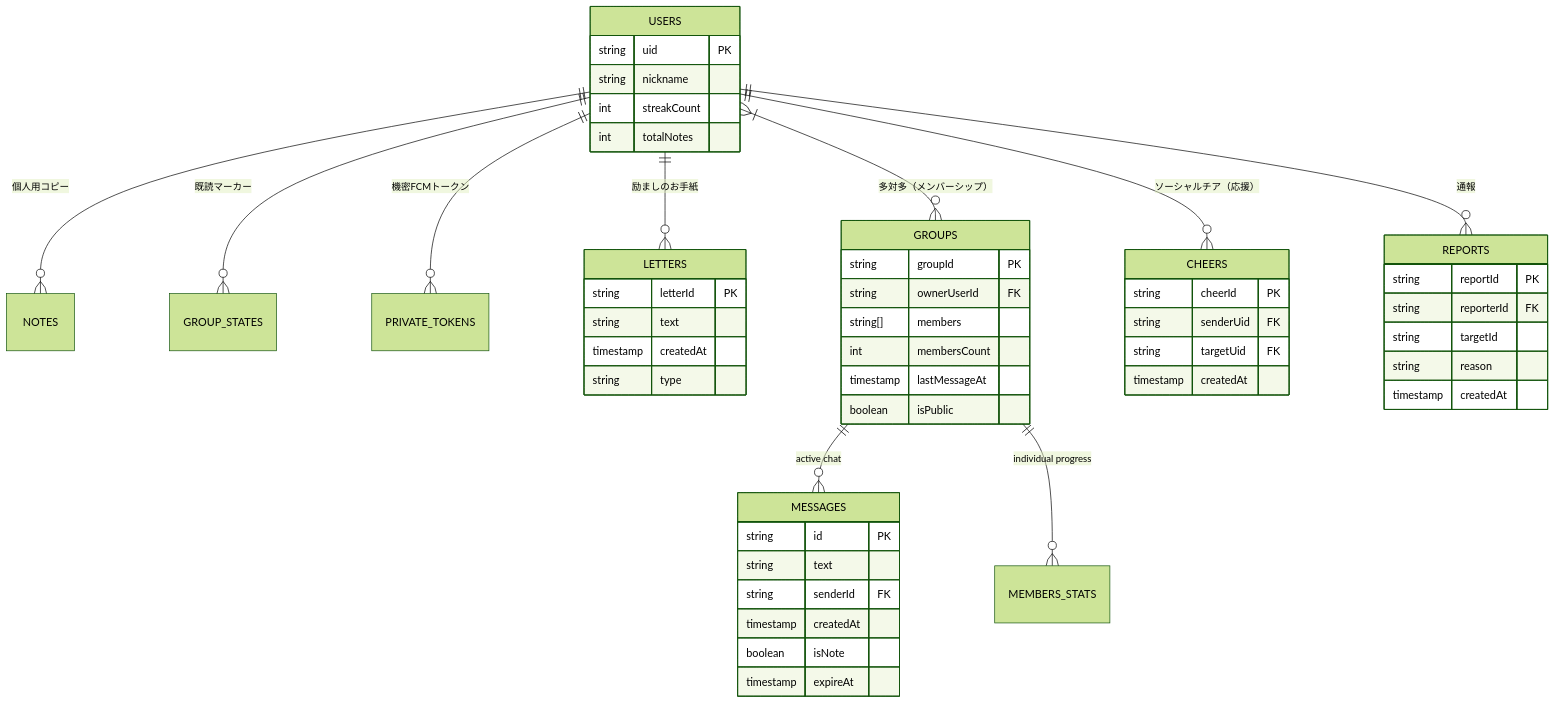
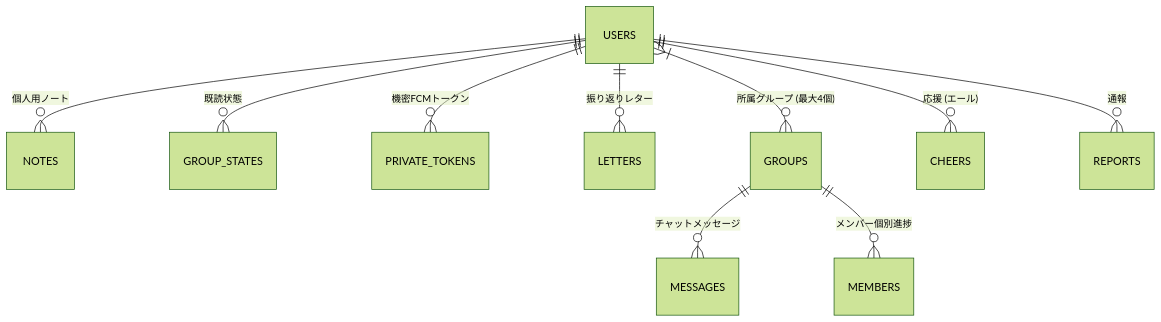
One commit to ScriptureHabit/scripture-habit changed the first of 2 diagrams in docs/ja/database-security.md. Above: the diagram before and after it, drawn with Mermaid (forest theme). The commit also changed other lines of this file and 15 other files, not shown here.

Commit message:
docs: refine and simplify all Architecture Overview documentation in Japanese and English

````diff
--- a/docs/ja/database-security.md
+++ b/docs/ja/database-security.md
@@ -11,62 +9,15 @@
 ```mermaid
 erDiagram
-    USERS ||--o{ NOTES : "個人用コピー"
-    USERS ||--o{ GROUP_STATES : "既読マーカー"
+    USERS ||--o{ NOTES : "個人用ノート"
+    USERS ||--o{ GROUP_STATES : "既読状態"
     USERS ||--o{ PRIVATE_TOKENS : "機密FCMトークン"
-    USERS ||--o{ LETTERS : "励ましのお手紙"
+    USERS ||--o{ LETTERS : "振り返りレター"
     
-    GROUPS ||--o{ MESSAGES : "active chat"
-    GROUPS ||--o{ MEMBERS_STATS : "individual progress"
+    GROUPS ||--o{ MESSAGES : "チャットメッセージ"
+    GROUPS ||--o{ MEMBERS : "メンバー個別進捗"
     
-    USERS }|--o{ GROUPS : "多対多（メンバーシップ）"
+    USERS }|--o{ GROUPS : "所属グループ (最大4個)"
     
-    USERS ||--o{ CHEERS : "ソーシャルチア（応援）"
+    USERS ||--o{ CHEERS : "応援 (エール)"
     USERS ||--o{ REPORTS : "通報"
-    
-    USERS {
-        string uid PK
-        string nickname
-        int streakCount
-        int totalNotes
-    }
-    
-    GROUPS {
-        string groupId PK
-        string ownerUserId FK
-        string[] members
-        int membersCount
-        timestamp lastMessageAt
-        boolean isPublic
-    }
-    
-    MESSAGES {
-        string id PK
-        string text
-        string senderId FK
-        timestamp createdAt
-        boolean isNote
-        timestamp expireAt
-    }
-    
-    LETTERS {
-        string letterId PK
-        string text
-        timestamp createdAt
-        string type
-    }
-    
-    CHEERS {
-        string cheerId PK
-        string senderUid FK
-        string targetUid FK
-        timestamp createdAt
-    }
-    
-    REPORTS {
-        string reportId PK
-        string reporterId FK
-        string targetId
-        string reason
-        timestamp createdAt
-    }
 ```
````
